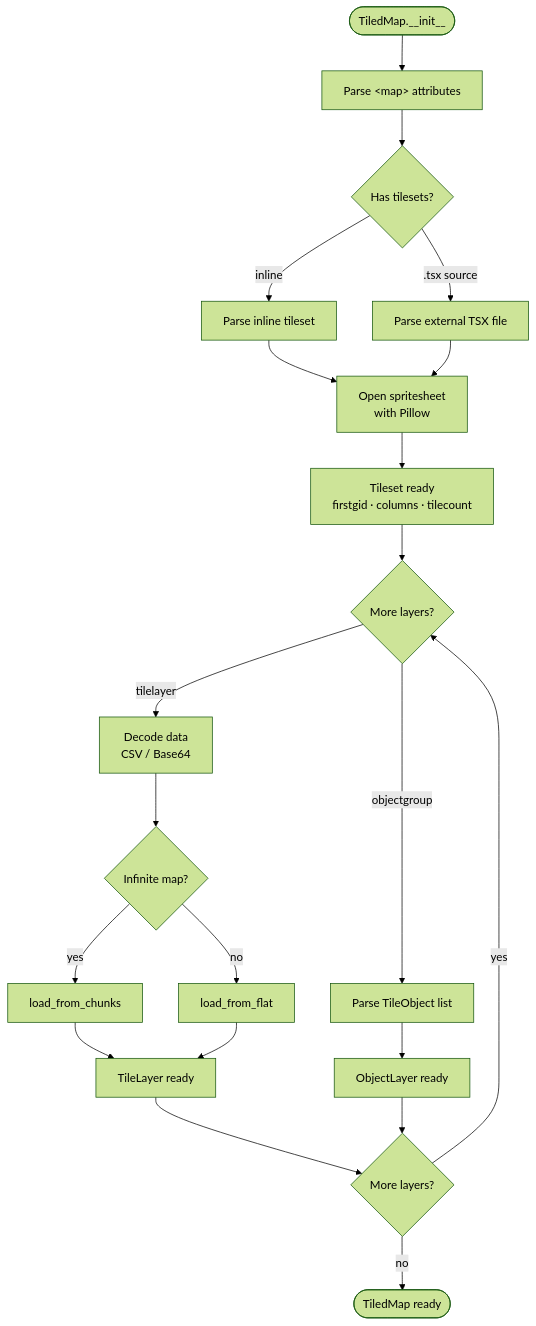
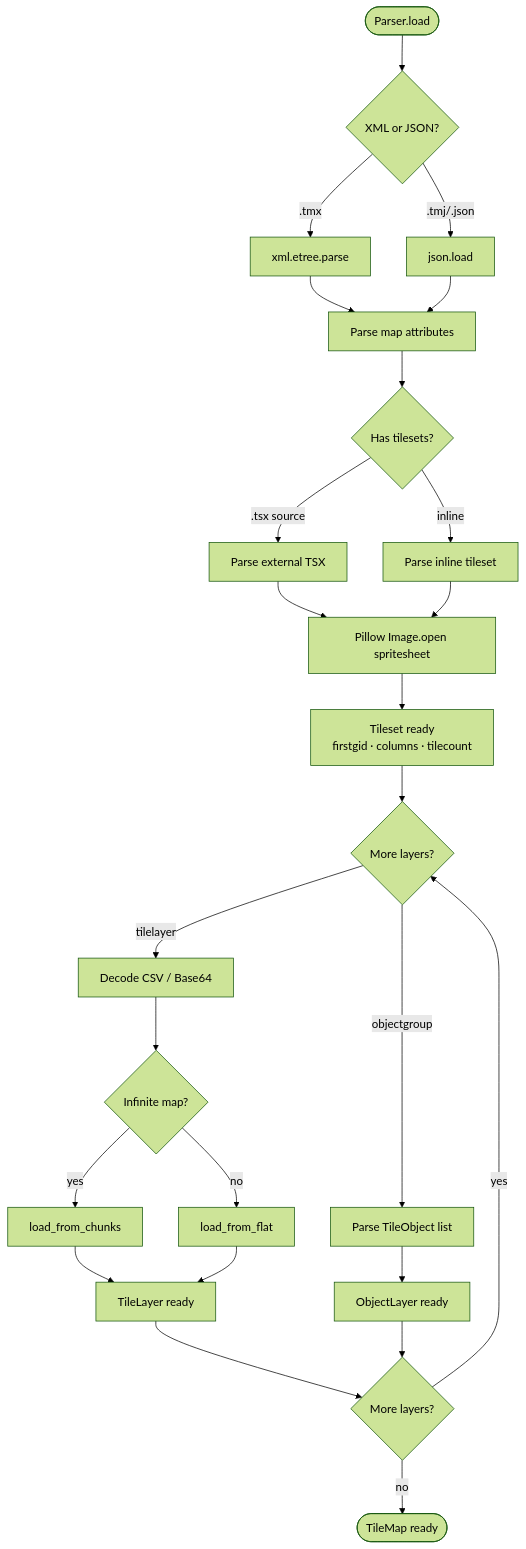
One commit to Aouei/tiledpy changed the diagram in docs/index.md. Above: the diagram before and after it, drawn with Mermaid (forest theme). The commit also changed other lines of this file and 9 other files, not shown here.

````diff
--- a/docs/index.md
+++ b/docs/index.md
@@ -59,23 +63,27 @@
 ```mermaid
 flowchart TD
-    A([TiledMap.__init__]) --> B[Parse &lt;map&gt; attributes]
-    B --> C{Has tilesets?}
-    C -- inline --> D[Parse inline tileset]
-    C -- .tsx source --> E[Parse external TSX file]
-    D --> F[Open spritesheet\nwith Pillow]
-    E --> F
-    F --> G[Tileset ready\nfirstgid · columns · tilecount]
-    G --> H{More layers?}
-    H -- tilelayer --> I[Decode data\nCSV / Base64]
-    I --> J{Infinite map?}
-    J -- yes --> K[load_from_chunks]
-    J -- no --> L[load_from_flat]
-    K --> M[TileLayer ready]
-    L --> M
-    H -- objectgroup --> N[Parse TileObject list]
-    N --> O[ObjectLayer ready]
-    M --> P{More layers?}
+    A([Parser.load]) --> B{XML or JSON?}
+    B -- .tmx --> C[xml.etree.parse]
+    B -- .tmj/.json --> D[json.load]
+    C --> E[Parse map attributes]
+    D --> E
+    E --> F{Has tilesets?}
+    F -- .tsx source --> G[Parse external TSX]
+    F -- inline --> H[Parse inline tileset]
+    G --> I[Pillow Image.open spritesheet]
+    H --> I
+    I --> J[Tileset ready\nfirstgid · columns · tilecount]
+    J --> K{More layers?}
+    K -- tilelayer --> L[Decode CSV / Base64]
+    L --> M{Infinite map?}
+    M -- yes --> N[load_from_chunks]
+    M -- no --> O[load_from_flat]
+    N --> P[TileLayer ready]
     O --> P
-    P -- yes --> H
-    P -- no --> Q([TiledMap ready])
+    K -- objectgroup --> Q[Parse TileObject list]
+    Q --> R[ObjectLayer ready]
+    P --> S{More layers?}
+    R --> S
+    S -- yes --> K
+    S -- no --> T([TileMap ready])
 ```
````
